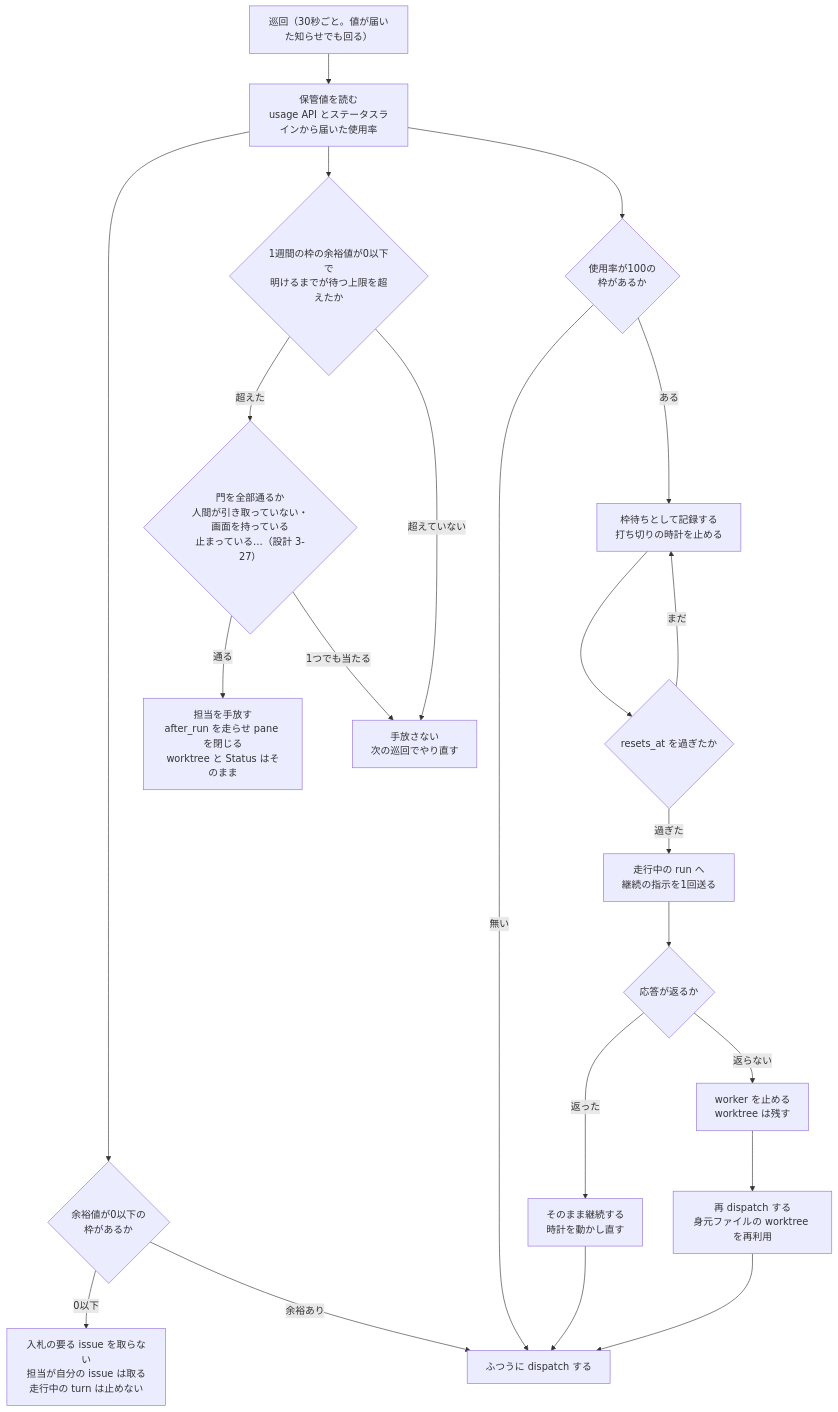
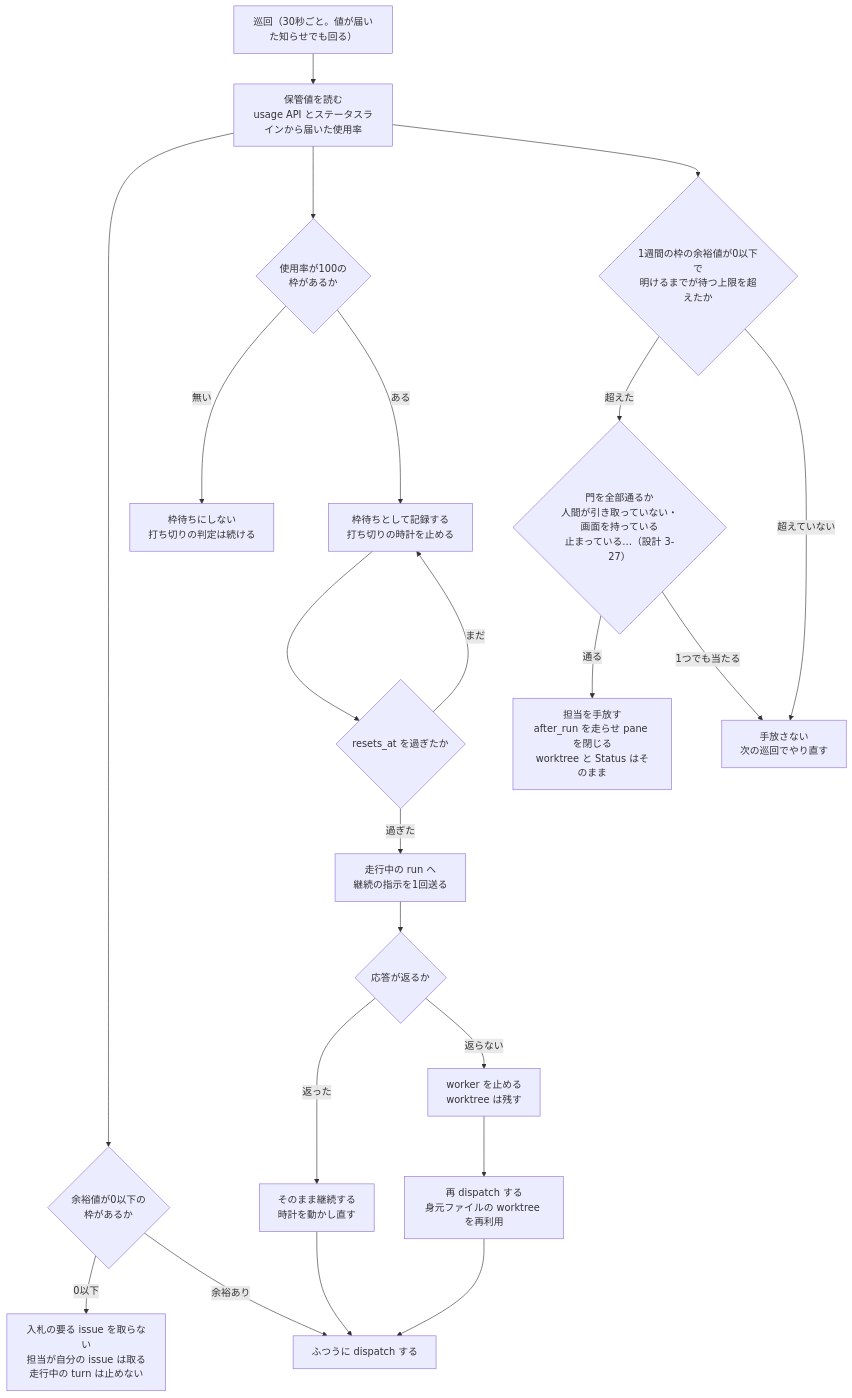
Before and after one commit to maimuzo/continuo: the fourth of 4 diagrams in docs/plans/continuo_design_slim.md, drawn with Mermaid. The commit also changed 17 other files, not shown here.

````diff
--- a/docs/plans/continuo_design_slim.md
+++ b/docs/plans/continuo_design_slim.md
@@ -407,28 +407,28 @@
 ```mermaid
 flowchart TB
     poll["巡回（30秒ごと。値が届いた知らせでも回る）"] --> usage["保管値を読む<br/>usage API とステータスラインから届いた使用率"]
     usage --> over{"余裕値が0以下の<br/>枠があるか"}
     over -->|"0以下"| stop["入札の要る issue を取らない<br/>担当が自分の issue は取る<br/>走行中の turn は止めない"]
     over -->|"余裕あり"| normal["ふつうに dispatch する"]
 
     usage --> full{"使用率が100の<br/>枠があるか"}
-    full -->|"無い"| normal
+    full -->|"無い"| nowait["枠待ちにしない<br/>打ち切りの判定は続ける"]
     full -->|"ある"| waiting["枠待ちとして記録する<br/>打ち切りの時計を止める"]
     waiting --> reset{"resets_at を過ぎたか"}
     reset -->|"まだ"| waiting
     reset -->|"過ぎた"| probe["走行中の run へ<br/>継続の指示を1回送る"]
 
     usage --> limit{"1週間の枠の余裕値が0以下で<br/>明けるまでが待つ上限を超えたか"}
     limit -->|"超えた"| gates{"門を全部通るか<br/>人間が引き取っていない・画面を持っている<br/>止まっている…（設計 3-27）"}
     gates -->|"通る"| letgo["担当を手放す<br/>after_run を走らせ pane を閉じる<br/>worktree と Status はそのまま"]
     gates -->|"1つでも当たる"| keep["手放さない<br/>次の巡回でやり直す"]
     limit -->|"超えていない"| keep
 
     probe --> resp{"応答が返るか"}
     resp -->|"返った"| resume["そのまま継続する<br/>時計を動かし直す"]
     resp -->|"返らない"| kill["worker を止める<br/>worktree は残す"]
     kill --> redispatch["再 dispatch する<br/>身元ファイルの worktree を再利用"]
 
     resume --> normal
     redispatch --> normal
 ```
````
